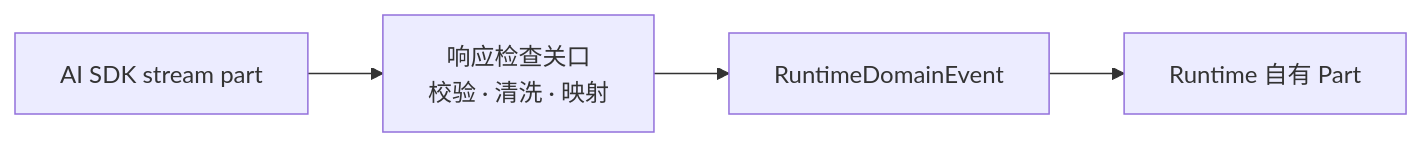
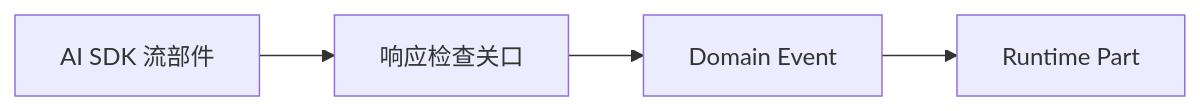
The second of 2 diagrams in docs-next/src/concepts/provider-registration.md (gene9831/tiny-robot), drawn with Mermaid before and after one commit. The commit also changed other lines of this file and 8 other files, not shown here.

````diff
--- a/docs-next/src/concepts/provider-registration.md
+++ b/docs-next/src/concepts/provider-registration.md
@@ -120,6 +94,6 @@
 ```mermaid
 flowchart LR
-  SDK["AI SDK stream part"] --> Guard["响应检查关口<br/>校验 · 清洗 · 映射"]
-  Guard --> Event["RuntimeDomainEvent"]
-  Event --> Part["Runtime 自有 Part"]
+  SDK["AI SDK 流部件"] --> Guard["响应检查关口"]
+  Guard --> Event["Domain Event"]
+  Event --> Part["Runtime Part"]
 ```
````
